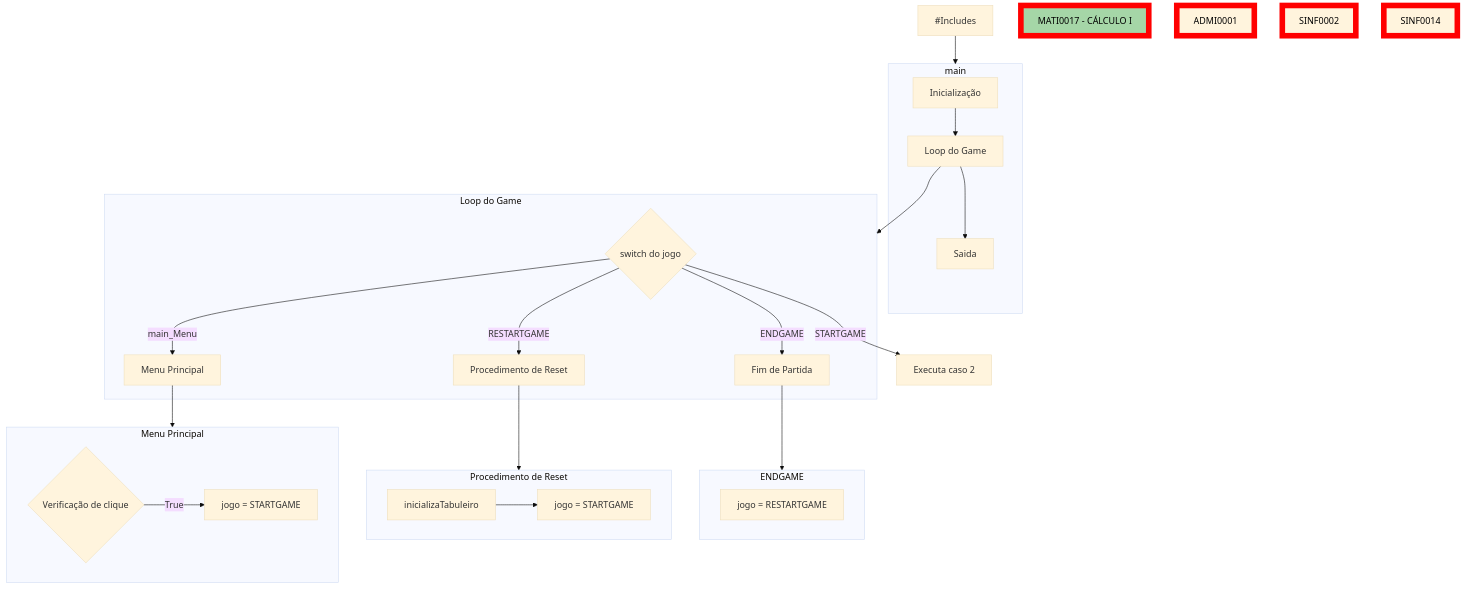
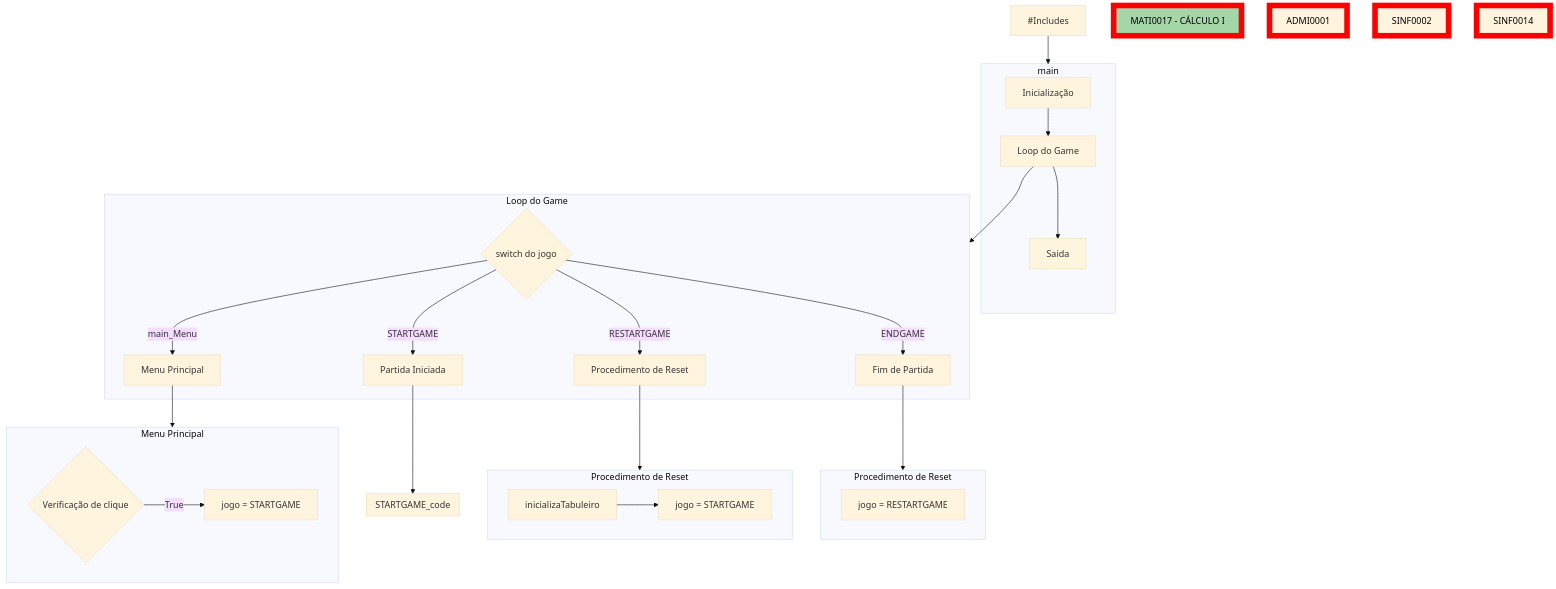
One commit to gabrieljsantos/Resta-Um changed the diagram in Fruxo.md. Above: the diagram before and after it, drawn with Mermaid (base theme). The commit also changed other lines of this file, not shown here.

Commit message:
Fluxograma atualizado 21.25

````diff
--- a/Fruxo.md
+++ b/Fruxo.md
@@ -1,72 +2,76 @@
 ```mermaid
 flowchart TD
     includes[#Includes] --> main
     subgraph main
         init[Inicialização] --> mainwhile[Loop do Game] --> return[Saida]
     end
         mainwhile --> mainwhile_code
         
         
-        main_switch -->|STARTGAME| D[Executa caso 2]
 
 
     subgraph mainwhile_code[Loop do Game]
 
         main_switch{switch do jogo}
         main_switch -->|main_Menu| menu_principa[Menu Principal]
+        main_switch -->|STARTGAME| STARTGAME[Partida Iniciada]
         main_switch -->|RESTARTGAME| RESTARTGAME[Procedimento de Reset]
         main_switch -->|ENDGAME| ENDGAME[Fim de Partida]
     end
 
     
     menu_principa --> menu_principa_code
     subgraph menu_principa_code[Menu Principal]
     if_startButton{Verificação de clique}
     if_startButton --> |True| play_Game[jogo = STARTGAME]
+    end      
+
+    STARTGAME --> STARTGAME_code
+    subgraph STARTGAME_code
     end    
     
     RESTARTGAME --> RESTARTGAME_code
     subgraph RESTARTGAME_code[Procedimento de Reset]
-    reset_tabuleiro_RESTARTGAME[inicializaTabuleiro] --> STARTGAME[jogo = STARTGAME]
+    reset_tabuleiro_RESTARTGAME[inicializaTabuleiro] --> STARTGAME_RESTARTGAME[jogo = STARTGAME]
     end
 
     ENDGAME --> ENDGAME_code
-    subgraph ENDGAME_code[ENDGAME]
+    subgraph ENDGAME_code[Procedimento de Reset]
         STARTGAME_ENDGAME[jogo = RESTARTGAME]
     end
 
 
     
 
   %% Separação Por Niveis:
   
   MATI0017:::N1
   ADMI0001:::N1
   SINF0002:::N1
   SINF0014:::N1
 
 
 
 
 
   %% ==== N1 ====
   MATI0017[MATI0017 - CÁLCULO I]:::done
 
 
 
   classDef done fill:#A5D6A7,color:#000;       %% Verde pastel, texto preto
   classDef available fill:#90CAF9,color:#000;  %% Azul pastel, texto preto
   classDef active fill:#EF9A9A,color:#000;     %% Vermelho pastel, texto preto
 
 
   %% Classes de cores dos níveis
   classDef N1 stroke:#FF0000,stroke-width:10px,color:#000;
   classDef N2 stroke:#EAFF00,stroke-width:10px,color:#000;
   classDef N3 stroke:#00074A,stroke-width:10px,color:#000;
   classDef N4 stroke:#00EEFF,stroke-width:10px,color:#000;
   classDef N5 stroke:#0004FF,stroke-width:10px,color:#000;
   classDef N6 stroke:#F700FF,stroke-width:10px,color:#000;
   classDef N7 stroke:#7D0000,stroke-width:10px,color:#000;
   classDef N8 stroke:#00FF1A,stroke-width:10px,color:#000;
   classDef N9 stroke:#000000,stroke-width:10px,color:#000;
 ```
````
